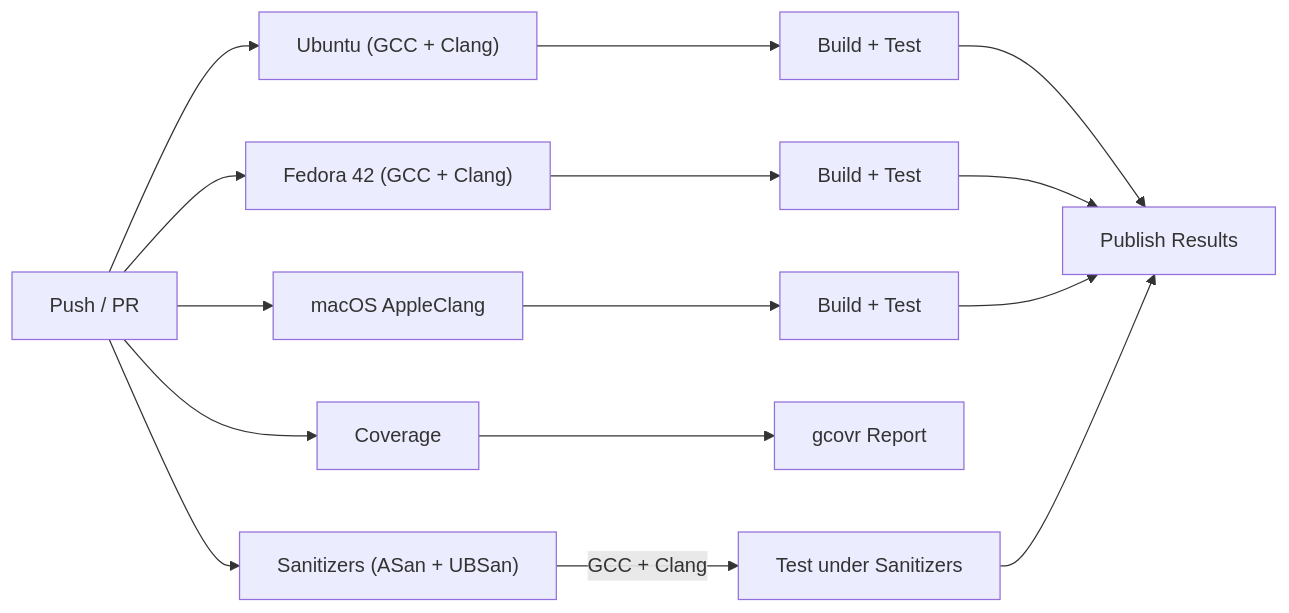
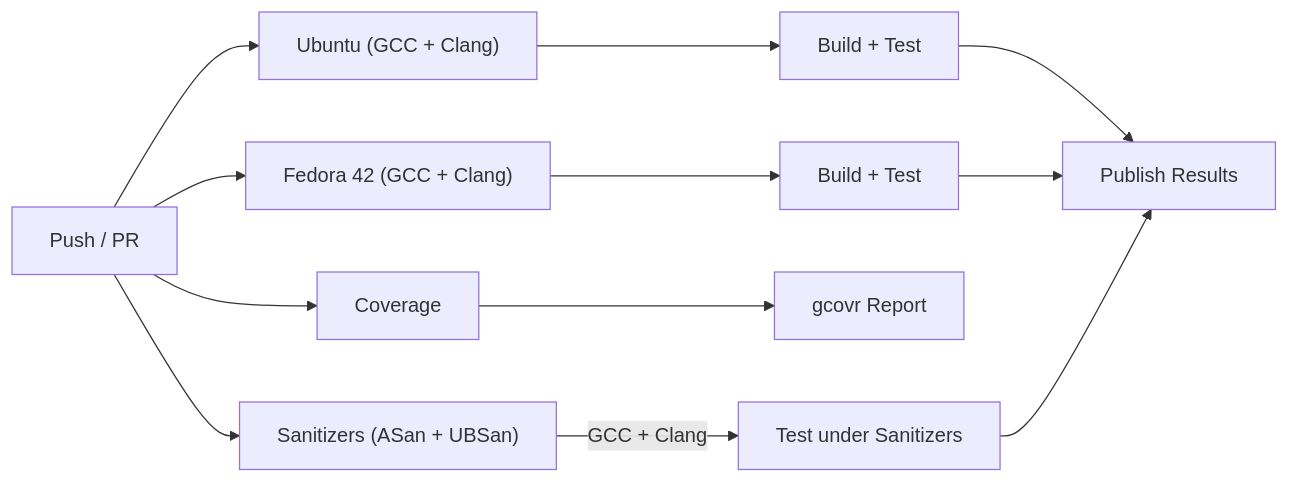
One commit to vtz/opensomeip changed the diagram in docs/gateways/supported-platforms.md. Above: the diagram before and after it, drawn with Mermaid. The commit also changed other lines of this file and 8 other files, not shown here.

````diff
--- a/docs/gateways/supported-platforms.md
+++ b/docs/gateways/supported-platforms.md
@@ -17,19 +17,16 @@
 ```mermaid
 graph LR
     PR[Push / PR] --> Ubuntu["Ubuntu (GCC + Clang)"]
     PR --> Fedora["Fedora 42 (GCC + Clang)"]
-    PR --> macOS[macOS AppleClang]
     PR --> Cov[Coverage]
     PR --> San["Sanitizers (ASan + UBSan)"]
 
     Ubuntu --> Tests1[Build + Test]
     Fedora --> Tests2[Build + Test]
-    macOS --> Tests3[Build + Test]
     Cov --> Report[gcovr Report]
     San --> |GCC + Clang| Tests4[Test under Sanitizers]
 
     Tests1 --> Pub[Publish Results]
     Tests2 --> Pub
-    Tests3 --> Pub
     Tests4 --> Pub
 ```
````
